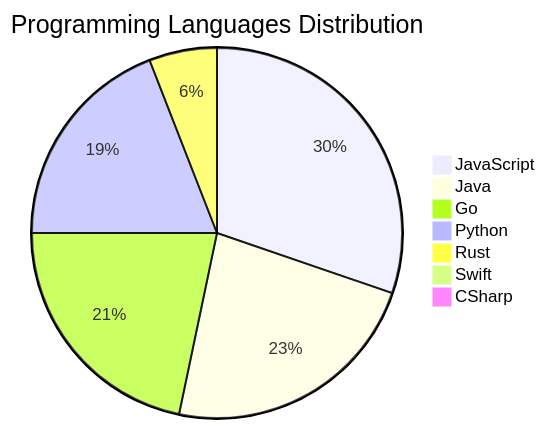
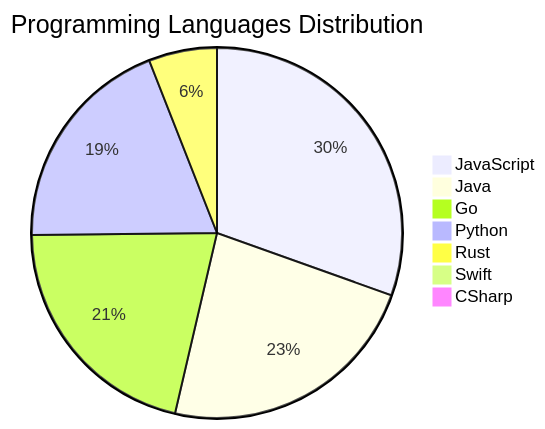
Before and after one commit to Derrick-MUGISHA/github-activity-bot: the diagram in README.md, drawn with Mermaid. The commit also changed other lines of this file and 4 other files, not shown here.

````diff
--- a/README.md
+++ b/README.md
@@ -207,10 +207,10 @@
 ```mermaid
 pie title Programming Languages Distribution
     "JavaScript" : 46
     "Java" : 35
-    "Go" : 33
+    "Go" : 32
     "Python" : 29
     "Rust" : 9
     "Swift" : 1
     "CSharp" : 1
 ```
````
